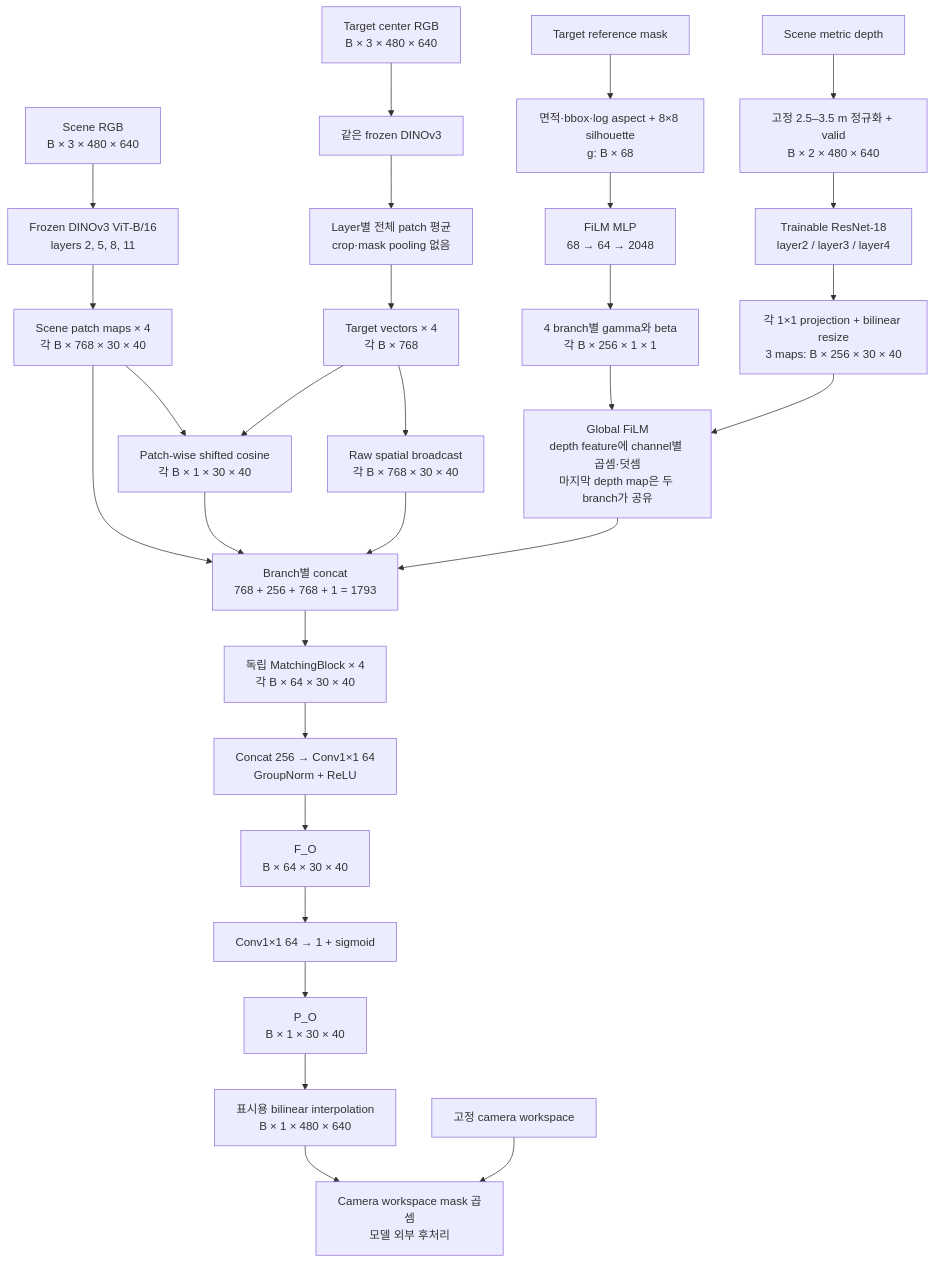
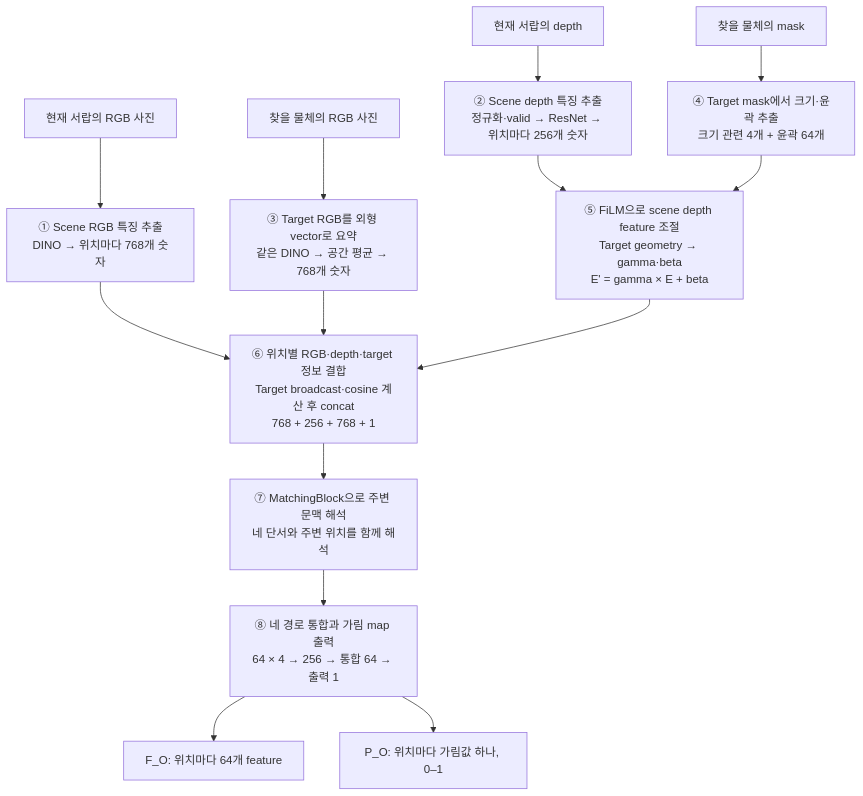
The fifth of 12 diagrams in README.md (JeonHaneul/2D-PDM_DINOv3), drawn with Mermaid before and after one commit. The commit also changed other lines of this file and 1 other file, not shown here.

Commit message:
docs: align numbered model diagrams with beginner explanations

````diff
--- a/README.md
+++ b/README.md
@@ -1068,31 +1130,16 @@
 ```mermaid
 flowchart TD
-    SR["Scene RGB<br/>B × 3 × 480 × 640"] --> DS["Frozen DINOv3 ViT-B/16<br/>layers 2, 5, 8, 11"]
-    DS --> XS["Scene patch maps × 4<br/>각 B × 768 × 30 × 40"]
-    TR["Target center RGB<br/>B × 3 × 480 × 640"] --> DT["같은 frozen DINOv3"]
-    DT --> AVG["Layer별 전체 patch 평균<br/>crop·mask pooling 없음"]
-    AVG --> Q["Target vectors × 4<br/>각 B × 768"]
-    Q --> BC["Raw spatial broadcast<br/>각 B × 768 × 30 × 40"]
-    Q --> COS["Patch-wise shifted cosine<br/>각 B × 1 × 30 × 40"]
-    XS --> COS
-    DEP["Scene metric depth"] --> DN["고정 2.5–3.5 m 정규화 + valid<br/>B × 2 × 480 × 640"]
-    DN --> DE["Trainable ResNet-18<br/>layer2 / layer3 / layer4"]
-    DE --> DP["각 1×1 projection + bilinear resize<br/>3 maps: B × 256 × 30 × 40"]
-    TM["Target reference mask"] --> GEO["면적·bbox·log aspect + 8×8 silhouette<br/>g: B × 68"]
-    GEO --> GM["FiLM MLP<br/>68 → 64 → 2048"]
-    GM --> GB["4 branch별 gamma와 beta<br/>각 B × 256 × 1 × 1"]
-    DP --> FI["Global FiLM<br/>depth feature에 channel별 곱셈·덧셈<br/>마지막 depth map은 두 branch가 공유"]
-    GB --> FI
-    XS --> CAT["Branch별 concat<br/>768 + 256 + 768 + 1 = 1793"]
-    FI --> CAT
-    BC --> CAT
-    COS --> CAT
-    CAT --> MB["독립 MatchingBlock × 4<br/>각 B × 64 × 30 × 40"]
-    MB --> FUSE["Concat 256 → Conv1×1 64<br/>GroupNorm + ReLU"]
-    FUSE --> FO["F_O<br/>B × 64 × 30 × 40"]
-    FO --> HD["Conv1×1 64 → 1 + sigmoid"]
-    HD --> PO["P_O<br/>B × 1 × 30 × 40"]
-    PO --> UP["표시용 bilinear interpolation<br/>B × 1 × 480 × 640"]
-    UP --> MASK["Camera workspace mask 곱셈<br/>모델 외부 후처리"]
-    WM["고정 camera workspace"] --> MASK
+    SR["현재 서랍의 RGB 사진"] --> N1["① Scene RGB 특징 추출<br/>DINO → 위치마다 768개 숫자"]
+    SD["현재 서랍의 depth"] --> N2["② Scene depth 특징 추출<br/>정규화·valid → ResNet → 위치마다 256개 숫자"]
+    TR["찾을 물체의 RGB 사진"] --> N3["③ Target RGB를 외형 vector로 요약<br/>같은 DINO → 공간 평균 → 768개 숫자"]
+    TM["찾을 물체의 mask"] --> N4["④ Target mask에서 크기·윤곽 추출<br/>크기 관련 4개 + 윤곽 64개"]
+    N2 --> N5["⑤ FiLM으로 scene depth feature 조절<br/>Target geometry → gamma·beta<br/>E' = gamma × E + beta"]
+    N4 --> N5
+    N1 --> N6["⑥ 위치별 RGB·depth·target 정보 결합<br/>Target broadcast·cosine 계산 후 concat<br/>768 + 256 + 768 + 1"]
+    N3 --> N6
+    N5 --> N6
+    N6 --> N7["⑦ MatchingBlock으로 주변 문맥 해석<br/>네 단서와 주변 위치를 함께 해석"]
+    N7 --> N8["⑧ 네 경로 통합과 가림 map 출력<br/>64 × 4 → 256 → 통합 64 → 출력 1"]
+    N8 --> FO["F_O: 위치마다 64개 feature"]
+    N8 --> PO["P_O: 위치마다 가림값 하나, 0–1"]
 ```
````
